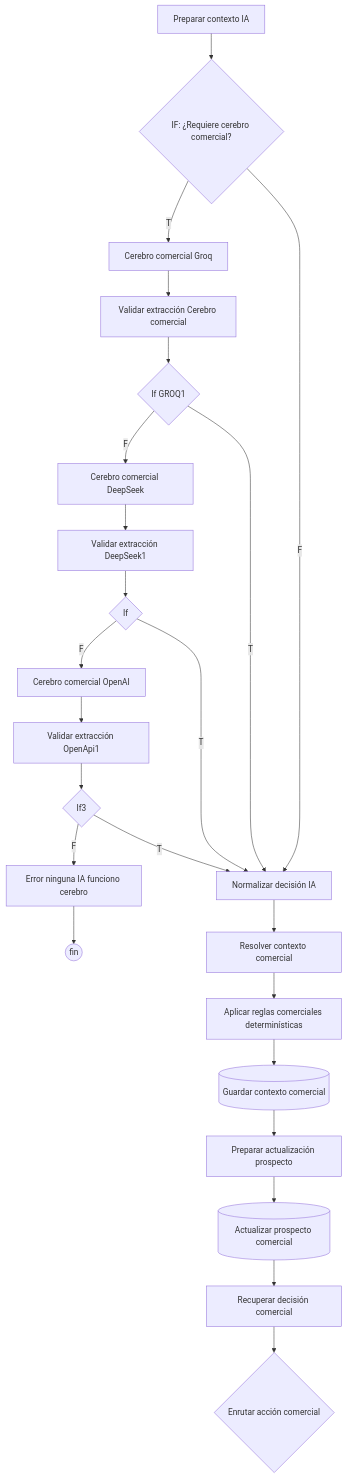
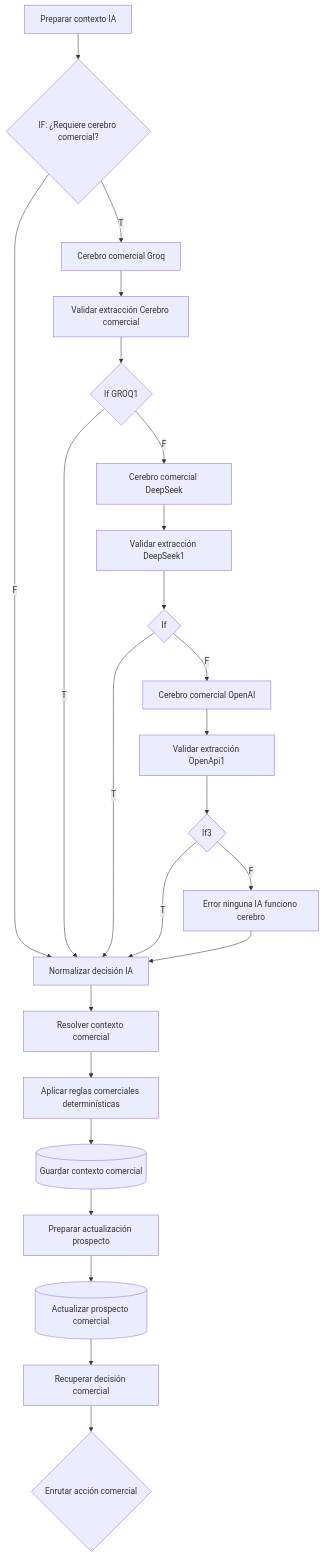
The tenth of 15 diagrams in docs/FLUJO-WORKFLOW-PEGASO.md (Theborycuas/pegaso-n8n), drawn with Mermaid before and after one commit. The commit also changed other lines of this file and 12 other files, not shown here.

````diff
--- a/docs/FLUJO-WORKFLOW-PEGASO.md
+++ b/docs/FLUJO-WORKFLOW-PEGASO.md
@@ -349,14 +349,14 @@
 ```mermaid
 flowchart TD
     PCI[Preparar contexto IA] --> RCB{IF: ¿Requiere cerebro comercial?}
     RCB -->|T| CG[Cerebro comercial Groq] --> VCG[Validar extracción Cerebro comercial] --> G1{If GROQ1}
     RCB -->|F| NDI
     G1 -->|T| NDI[Normalizar decisión IA]
     G1 -->|F| CD[Cerebro comercial DeepSeek] --> VCD[Validar extracción DeepSeek1] --> I{If}
     I -->|T| NDI
     I -->|F| CO[Cerebro comercial OpenAI] --> VCO[Validar extracción OpenApi1] --> I3{If3}
     I3 -->|T| NDI
-    I3 -->|F| ERR[Error ninguna IA funciono cerebro] --> F1((fin))
+    I3 -->|F| ERR[Error ninguna IA funciono cerebro] --> NDI
     NDI --> RCC[Resolver contexto comercial] --> ARC[Aplicar reglas comerciales determinísticas] --> GCC[(Guardar contexto comercial)]
     GCC --> PAP[Preparar actualización prospecto] --> APC[(Actualizar prospecto comercial)] --> RDC[Recuperar decisión comercial] --> SW{Enrutar acción comercial}
 ```
````
